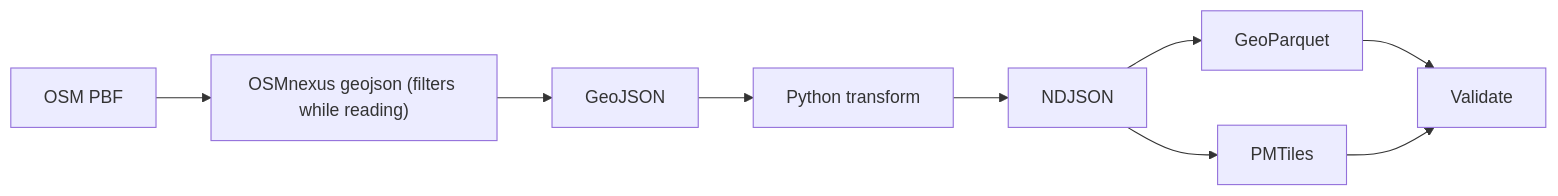
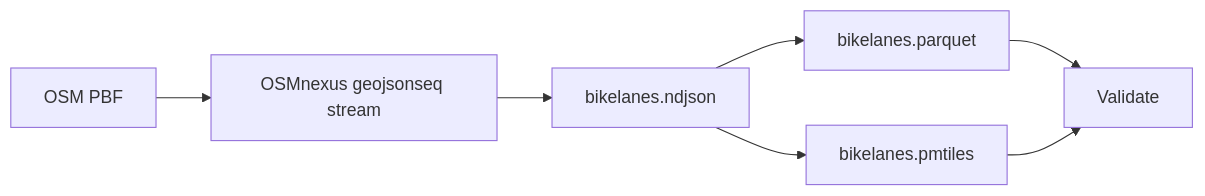
One commit to tordans/osm-processing-pipeline-comparison changed the third of 4 diagrams in results/summary.md. Above: the diagram before and after it, drawn with Mermaid. The commit also changed other lines of this file, not shown here.

First line of the commit message:
results: first Berlin run of the roads-bikelanes benchmark

````diff
--- a/results/summary.md
+++ b/results/summary.md
@@ -225,17 +108,15 @@
 ```mermaid
 flowchart LR
   inputPbf["OSM PBF"]
-  osmnexusGeojson["OSMnexus geojson (filters while reading)"]
-  geojson["GeoJSON"]
-  pyTransform["Python transform"]
-  ndjson["NDJSON"]
-  geoParquet["GeoParquet"]
-  pmtiles["PMTiles"]
+  osmnexusStream["OSMnexus geojsonseq stream"]
+  ndjson["bikelanes.ndjson"]
+  geoParquet["bikelanes.parquet"]
+  pmtiles["bikelanes.pmtiles"]
   validate["Validate"]
 
-  inputPbf --> osmnexusGeojson --> geojson --> pyTransform --> ndjson
+  inputPbf --> osmnexusStream --> ndjson
   ndjson --> geoParquet
   ndjson --> pmtiles
   geoParquet --> validate
   pmtiles --> validate
 ```
````
